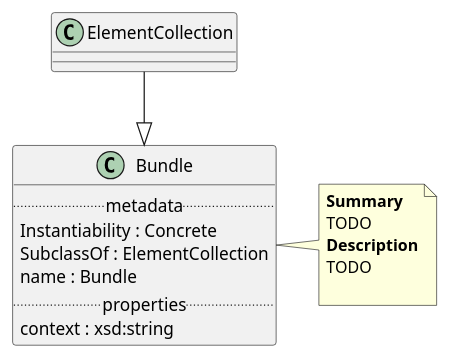
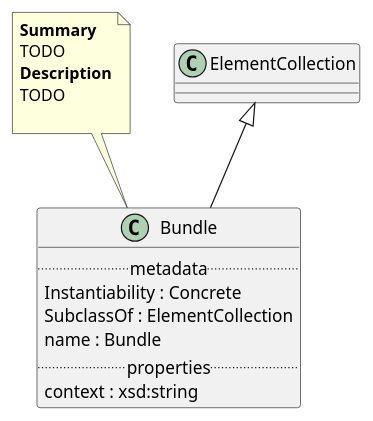
One commit to maxhbr/spec-parser.hs changed the diagram in Classes/Bundle.puml. Above: the diagram before and after it, drawn with PlantUML. The commit also changed 51 other files, not shown here.

```diff
--- a/Classes/Bundle.puml
+++ b/Classes/Bundle.puml
@@ -1,18 +1,18 @@
 @startuml
 class Bundle {
 .. metadata ..
     Instantiability : Concrete
     SubclassOf : ElementCollection
     name : Bundle
 .. properties ..
     context : xsd:string
 }
-note right of Bundle
+note top of Bundle
 <b>Summary</b>
 TODO
 <b>Description</b>
 TODO
 
 end note
-"ElementCollection" --|> "Bundle"
+"ElementCollection" <|-- "Bundle"
 @enduml
```
